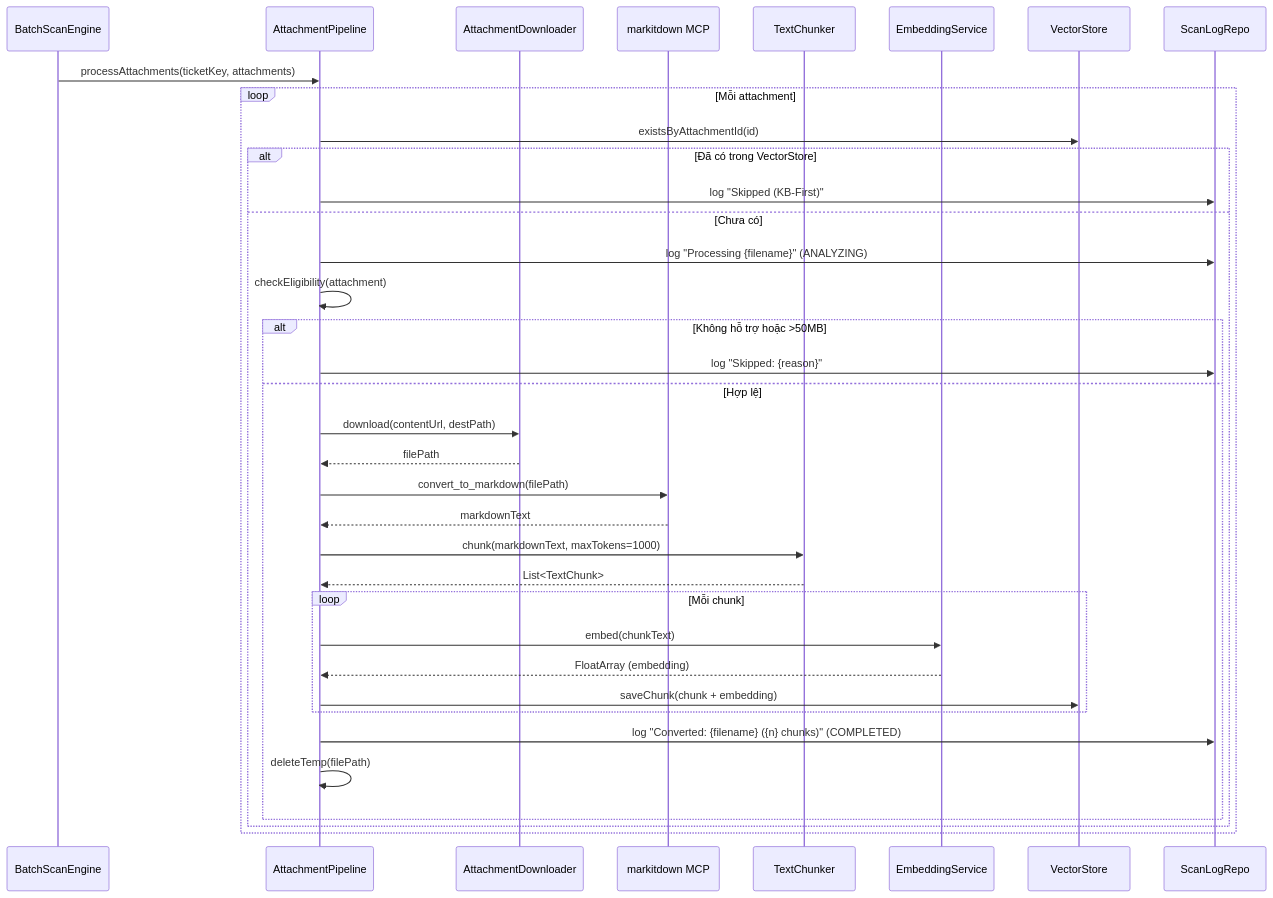
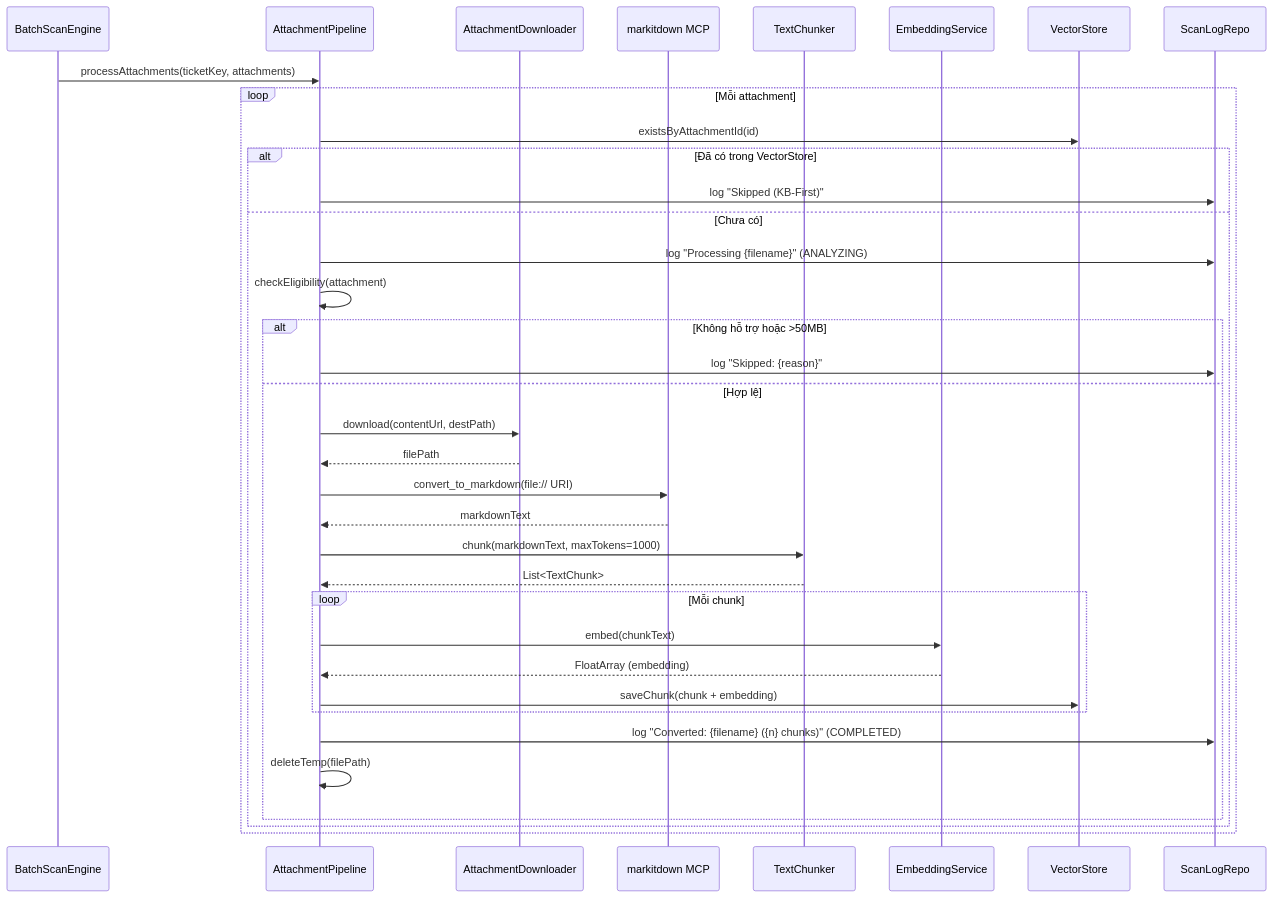
Before and after one commit to dnguyenminh/JIRAAssistant: the second of 2 diagrams in .kiro/specs/attachment-processing/design.md, drawn with Mermaid. The commit also changed other lines of this file and 1201 other files, not shown here.

````diff
--- a/.kiro/specs/attachment-processing/design.md
+++ b/.kiro/specs/attachment-processing/design.md
@@ -72,39 +72,39 @@
 ```mermaid
 sequenceDiagram
     participant BSE as BatchScanEngine
     participant AP as AttachmentPipeline
     participant AD as AttachmentDownloader
     participant MCP as markitdown MCP
     participant TC as TextChunker
     participant ES as EmbeddingService
     participant VS as VectorStore
     participant LOG as ScanLogRepo
 
     BSE->>AP: processAttachments(ticketKey, attachments)
     loop Mỗi attachment
         AP->>VS: existsByAttachmentId(id)
         alt Đã có trong VectorStore
             AP->>LOG: log "Skipped (KB-First)"
         else Chưa có
             AP->>LOG: log "Processing {filename}" (ANALYZING)
             AP->>AP: checkEligibility(attachment)
             alt Không hỗ trợ hoặc >50MB
                 AP->>LOG: log "Skipped: {reason}"
             else Hợp lệ
                 AP->>AD: download(contentUrl, destPath)
                 AD-->>AP: filePath
-                AP->>MCP: convert_to_markdown(filePath)
+                AP->>MCP: convert_to_markdown(file:// URI)
                 MCP-->>AP: markdownText
                 AP->>TC: chunk(markdownText, maxTokens=1000)
                 TC-->>AP: List<TextChunk>
                 loop Mỗi chunk
                     AP->>ES: embed(chunkText)
                     ES-->>AP: FloatArray (embedding)
                     AP->>VS: saveChunk(chunk + embedding)
                 end
                 AP->>LOG: log "Converted: {filename} ({n} chunks)" (COMPLETED)
                 AP->>AP: deleteTemp(filePath)
             end
         end
     end
 ```
````
